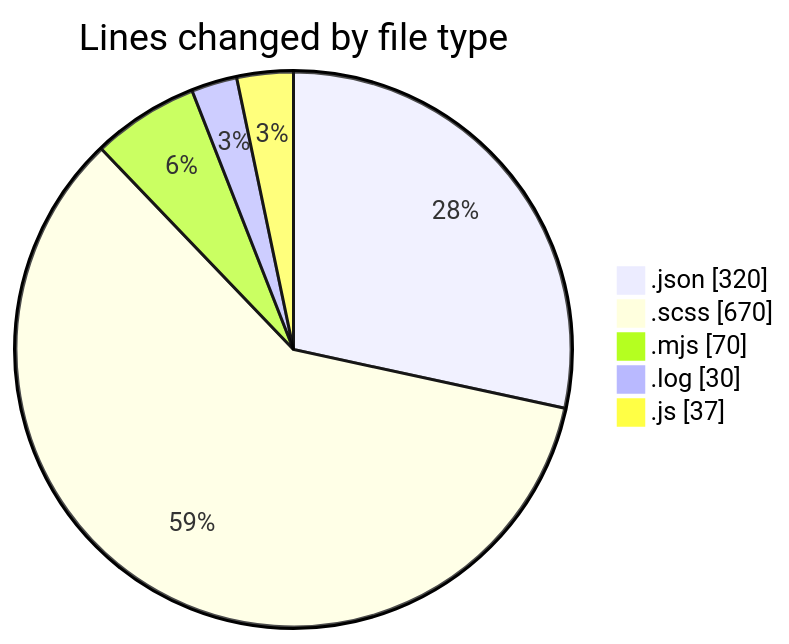
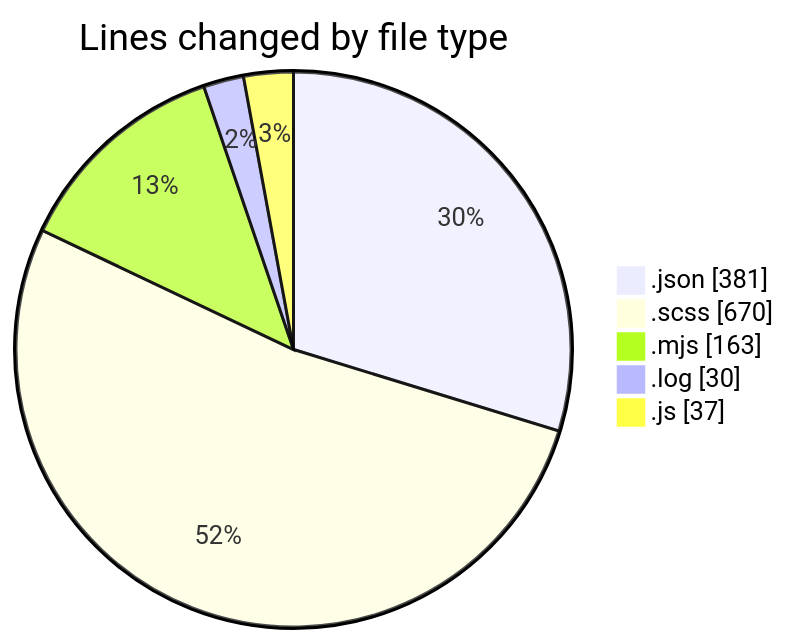
The first of 2 diagrams in 2026-08-12/cda/README.md (momahboobian/code-tracking), drawn with Mermaid before and after one commit. The commit also changed other lines of this file and 1 other file, not shown here.

````diff
--- a/2026-08-12/cda/README.md
+++ b/2026-08-12/cda/README.md
@@ -30,9 +32,9 @@
 ```mermaid
 pie showData
 title Lines changed by file type
-".json" : 320
+".json" : 381
 ".scss" : 670
-".mjs" : 70
+".mjs" : 163
 ".log" : 30
 ".js" : 37
 ```
````
